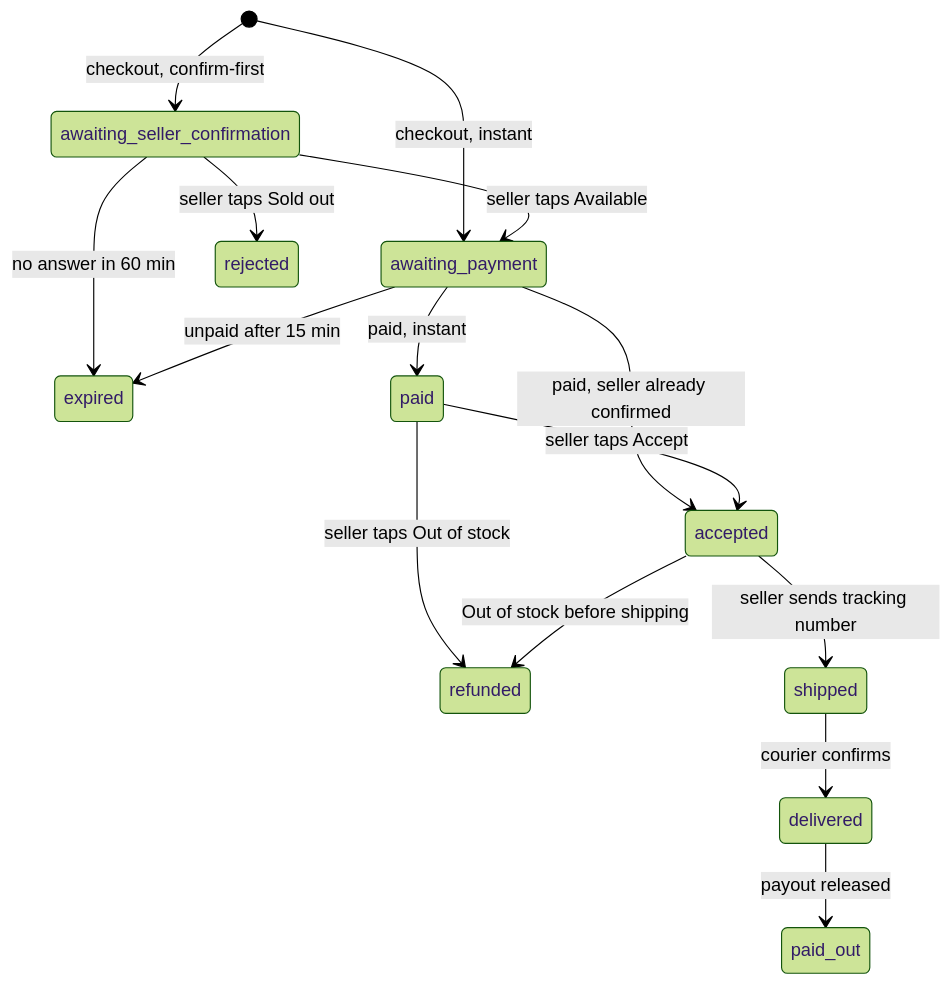
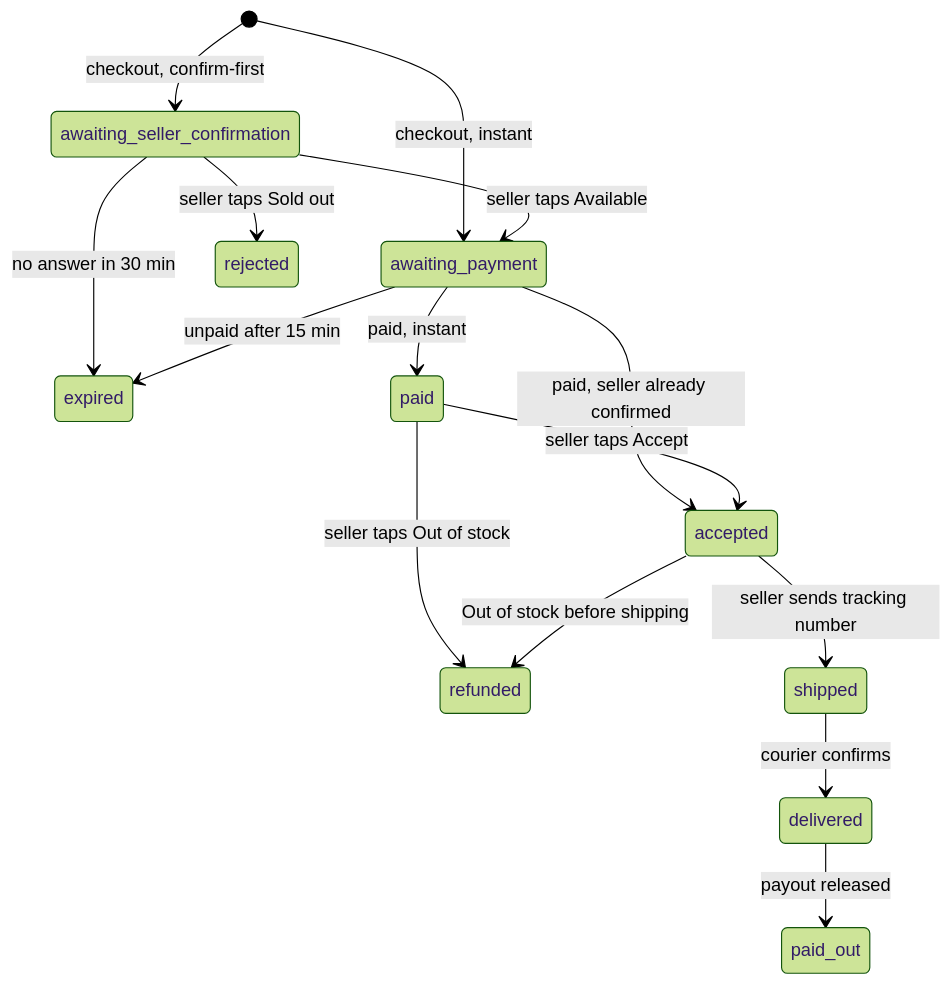
The second of 2 diagrams in learn/foundations/product.md (galihsatriawan/etalase), drawn with Mermaid (forest theme) before and after one commit. The commit also changed other lines of this file and 9 other files, not shown here.

````diff
--- a/learn/foundations/product.md
+++ b/learn/foundations/product.md
@@ -162,17 +162,17 @@
 ```mermaid
 stateDiagram-v2
   [*] --> awaiting_seller_confirmation: checkout, confirm-first
   [*] --> awaiting_payment: checkout, instant
   awaiting_seller_confirmation --> awaiting_payment: seller taps Available
   awaiting_seller_confirmation --> rejected: seller taps Sold out
-  awaiting_seller_confirmation --> expired: no answer in 60 min
+  awaiting_seller_confirmation --> expired: no answer in 30 min
   awaiting_payment --> paid: paid, instant
   awaiting_payment --> accepted: paid, seller already confirmed
   awaiting_payment --> expired: unpaid after 15 min
   paid --> accepted: seller taps Accept
   paid --> refunded: seller taps Out of stock
   accepted --> refunded: Out of stock before shipping
   accepted --> shipped: seller sends tracking number
   shipped --> delivered: courier confirms
   delivered --> paid_out: payout released
 ```
````
